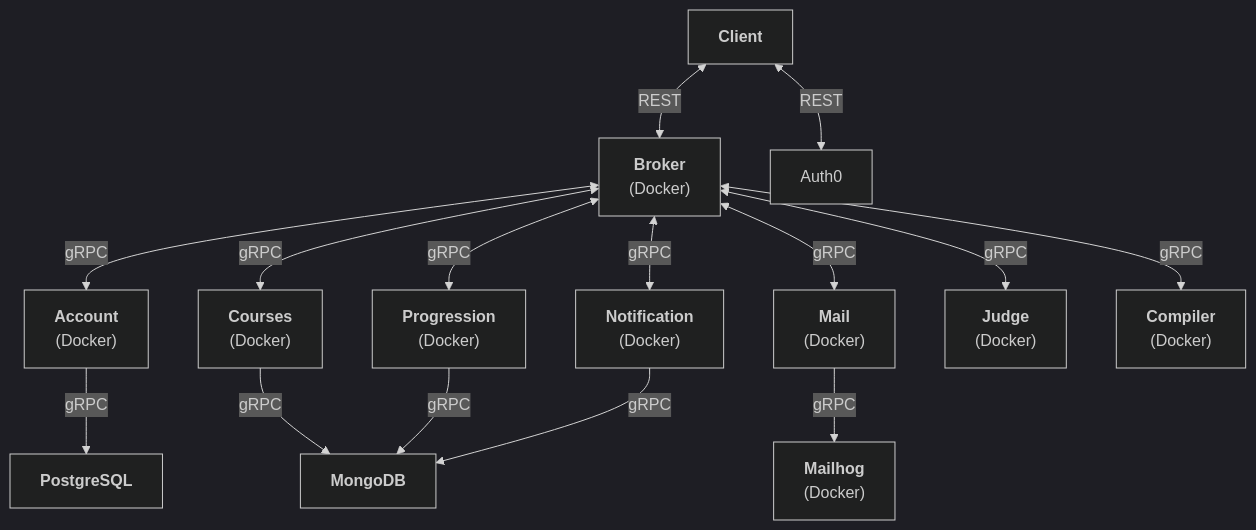
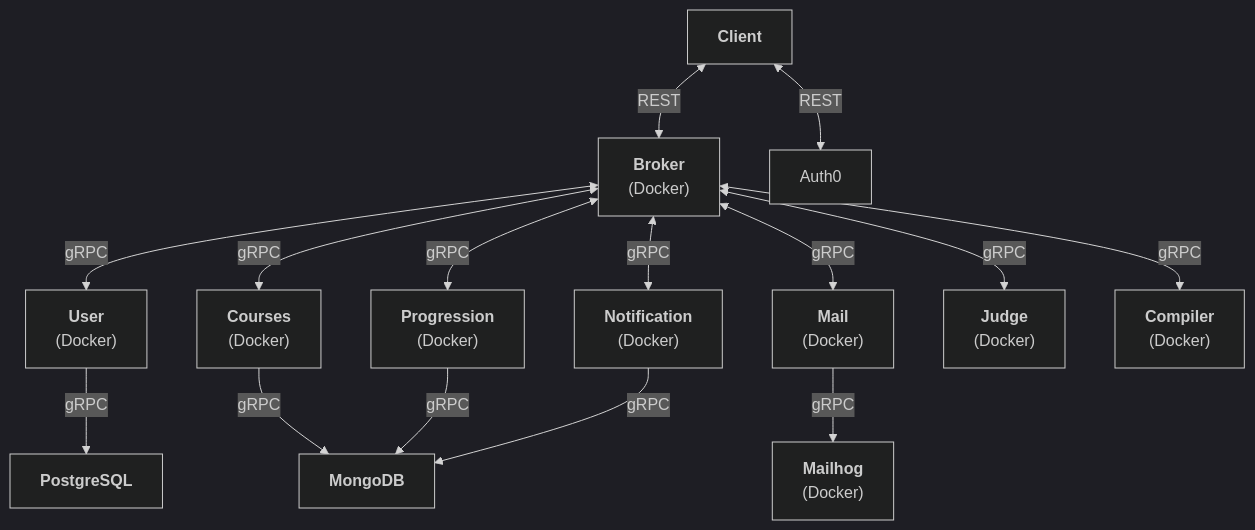
One commit to abyanmajid/picco changed the diagram in README.md. Above: the diagram before and after it, drawn with Mermaid (dark theme). The commit also changed other lines of this file, not shown here.

Commit message:
refactor: readme.md

````diff
--- a/README.md
+++ b/README.md
@@ -23,17 +23,17 @@
 ```mermaid
 graph TD
     Client["<b>Client</b>"] <-->|REST| Broker["<b>Broker</b><br>(Docker)"]
     Client <--> |REST| Auth0
-    Broker <-->|gRPC| Account["<b>Account</b><br>(Docker)"]
+    Broker <-->|gRPC| User["<b>User</b><br>(Docker)"]
     Broker <-->|gRPC| Courses["<b>Courses</b><br>(Docker)"]
     Broker <-->|gRPC| Progression["<b>Progression</b><br>(Docker)"]
     Broker <-->|gRPC| Notification["<b>Notification</b><br>(Docker)"]
     Broker <-->|gRPC| Mail["<b>Mail</b><br>(Docker)"]
     Broker <-->|gRPC| Judge["<b>Judge</b><br>(Docker)"]
     Broker <-->|gRPC| Compiler["<b>Compiler</b><br>(Docker)"]
-    Account -->|gRPC| PostgreSQL["<b>PostgreSQL</b>"]
+    User -->|gRPC| PostgreSQL["<b>PostgreSQL</b>"]
     Courses --> |gRPC| MongoDB["<b>MongoDB</b>"]
     Progression --> |gRPC| MongoDB["<b>MongoDB</b>"]
     Notification -->|gRPC| MongoDB["<b>MongoDB</b>"]
     Mail -->|gRPC| Mailhog["<b>Mailhog</b><br>(Docker)"]
 ```
````
